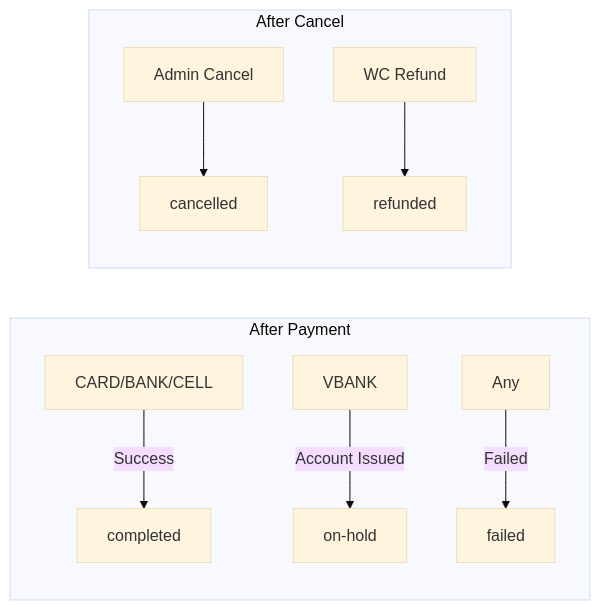
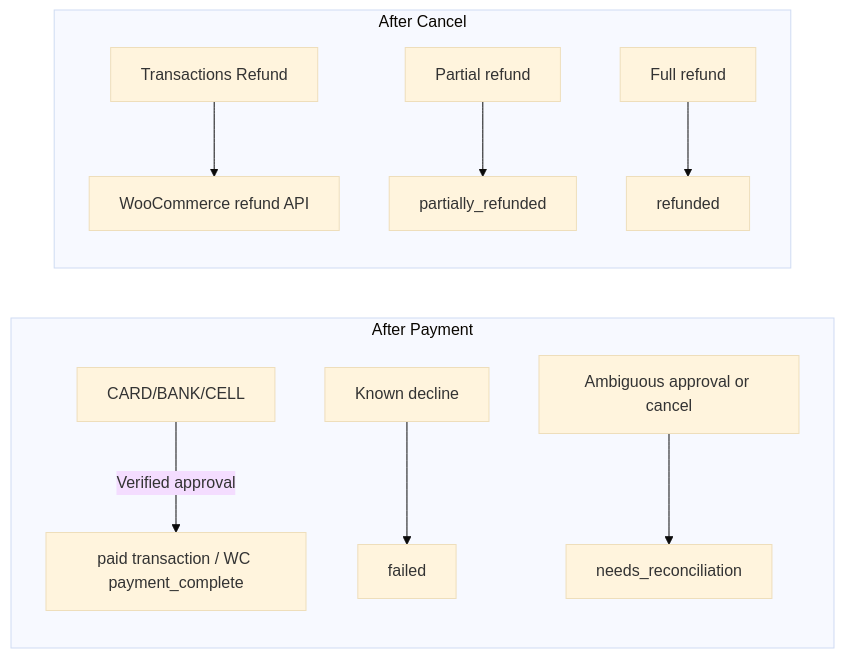
The third of 4 diagrams in docs/CONFIGURATION.md (cemililik/nicepay-paymentgateway-wordpress-plugin), drawn with Mermaid (base theme) before and after one commit. The commit also changed other lines of this file and 109 other files, not shown here.

````diff
--- a/docs/CONFIGURATION.md
+++ b/docs/CONFIGURATION.md
@@ -243,12 +261,13 @@
 ```mermaid
 flowchart LR
     subgraph "After Payment"
-        A[CARD/BANK/CELL] -->|Success| B[completed]
-        C[VBANK] -->|Account Issued| D[on-hold]
-        E[Any] -->|Failed| F[failed]
+        A[CARD/BANK/CELL] -->|Verified approval| B[paid transaction / WC payment_complete]
+        E[Known decline] --> F[failed]
+        U[Ambiguous approval or cancel] --> R[needs_reconciliation]
     end
     subgraph "After Cancel"
-        G[Admin Cancel] --> H[cancelled]
-        I[WC Refund] --> J[refunded]
+        G[Transactions Refund] --> H[WooCommerce refund API]
+        I[Partial refund] --> J[partially_refunded]
+        K[Full refund] --> L[refunded]
     end
 ```
````
